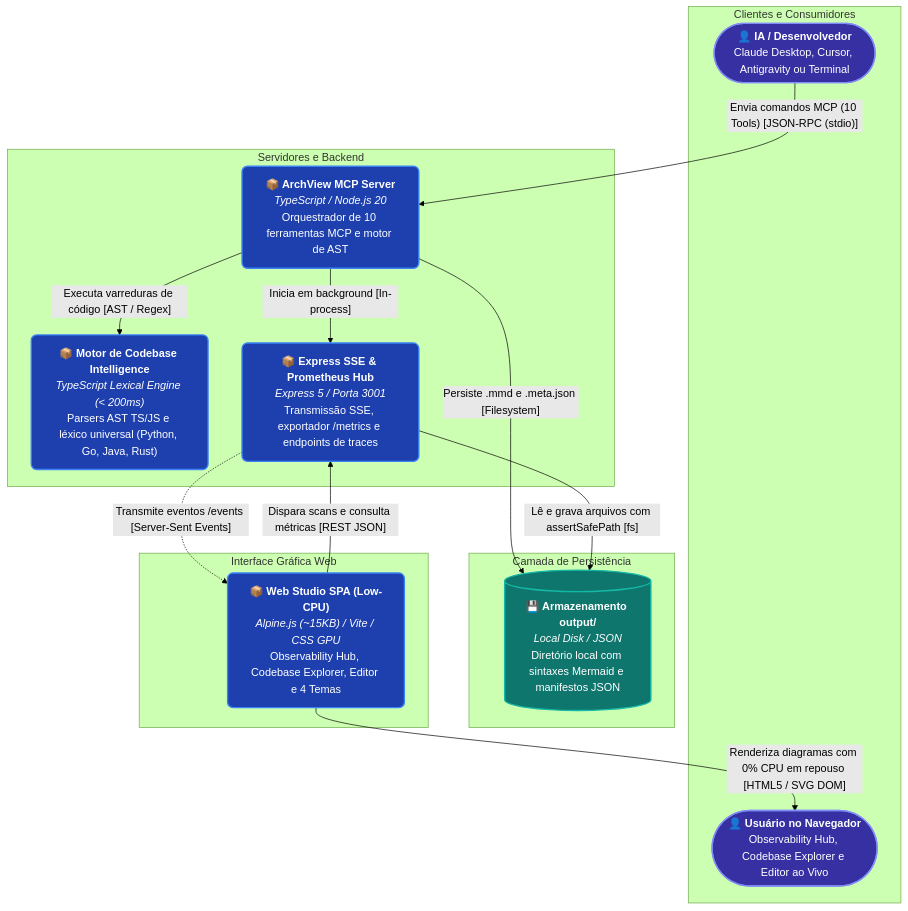
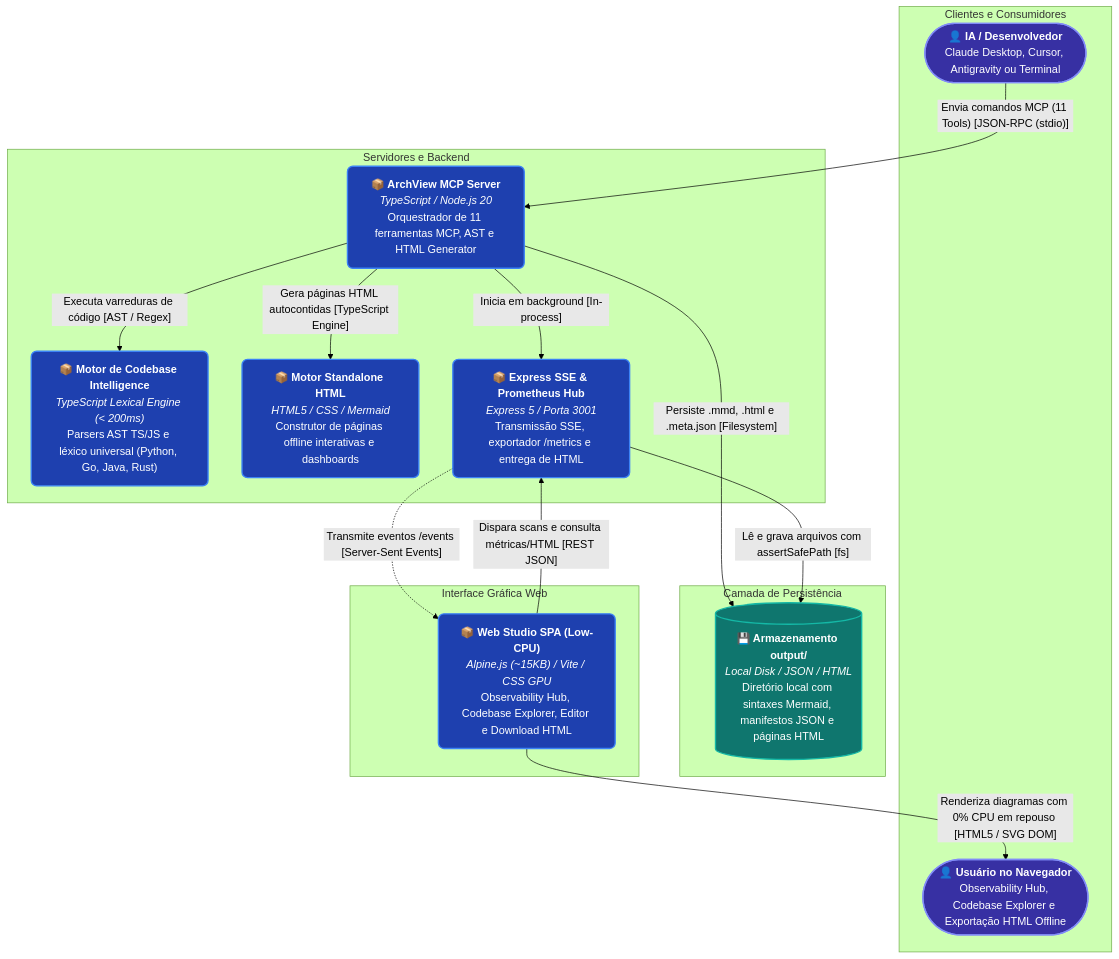
Before and after one commit to 70gurupia/archview: the first of 3 diagrams in README.md, drawn with Mermaid (forest theme). The commit also changed other lines of this file and 44 other files, not shown here.

Commit message:
feat(v5.0): implementar gerador de HTML standalone offline, 11ª tool MCP e dashboards executivos

````diff
--- a/README.md
+++ b/README.md
@@ -9,44 +9,47 @@
 ```mermaid
 flowchart TD
   subgraph sg_1[" Clientes e Consumidores "]
     ai_client(["<b>👤 IA / Desenvolvedor</b><br/>Claude Desktop, Cursor, Antigravity ou Terminal"])
-    browser_user(["<b>👤 Usuário no Navegador</b><br/>Observability Hub, Codebase Explorer e Editor ao Vivo"])
+    browser_user(["<b>👤 Usuário no Navegador</b><br/>Observability Hub, Codebase Explorer e Exportação HTML Offline"])
   end
 
   subgraph sg_2[" Servidores e Backend "]
-    mcp_server["<b>📦 ArchView MCP Server</b><br/><i>TypeScript / Node.js 20</i><br/>Orquestrador de 10 ferramentas MCP e motor de AST"]
+    mcp_server["<b>📦 ArchView MCP Server</b><br/><i>TypeScript / Node.js 20</i><br/>Orquestrador de 11 ferramentas MCP, AST e HTML Generator"]
     engine_v3["<b>📦 Motor de Codebase Intelligence</b><br/><i>TypeScript Lexical Engine (< 200ms)</i><br/>Parsers AST TS/JS e léxico universal (Python, Go, Java, Rust)"]
-    sse_server["<b>📦 Express SSE & Prometheus Hub</b><br/><i>Express 5 / Porta 3001</i><br/>Transmissão SSE, exportador /metrics e endpoints de traces"]
+    html_engine["<b>📦 Motor Standalone HTML</b><br/><i>HTML5 / CSS / Mermaid</i><br/>Construtor de páginas offline interativas e dashboards"]
+    sse_server["<b>📦 Express SSE & Prometheus Hub</b><br/><i>Express 5 / Porta 3001</i><br/>Transmissão SSE, exportador /metrics e entrega de HTML"]
   end
 
   subgraph sg_3[" Camada de Persistência "]
-    storage[("<b>💾 Armazenamento output/</b><br/><i>Local Disk / JSON</i><br/>Diretório local com sintaxes Mermaid e manifestos JSON")]
+    storage[("<b>💾 Armazenamento output/</b><br/><i>Local Disk / JSON / HTML</i><br/>Diretório local com sintaxes Mermaid, manifestos JSON e páginas HTML")]
   end
 
   subgraph sg_4[" Interface Gráfica Web "]
-    web_studio["<b>📦 Web Studio SPA (Low-CPU)</b><br/><i>Alpine.js (~15KB) / Vite / CSS GPU</i><br/>Observability Hub, Codebase Explorer, Editor e 4 Temas"]
+    web_studio["<b>📦 Web Studio SPA (Low-CPU)</b><br/><i>Alpine.js (~15KB) / Vite / CSS GPU</i><br/>Observability Hub, Codebase Explorer, Editor e Download HTML"]
   end
 
-  ai_client -->|"Envia comandos MCP (10 Tools) [JSON-RPC (stdio)]"| mcp_server
+  ai_client -->|"Envia comandos MCP (11 Tools) [JSON-RPC (stdio)]"| mcp_server
   mcp_server -->|"Executa varreduras de código [AST / Regex]"| engine_v3
+  mcp_server -->|"Gera páginas HTML autocontidas [TypeScript Engine]"| html_engine
   mcp_server -->|"Inicia em background [In-process]"| sse_server
-  mcp_server -->|"Persiste .mmd e .meta.json [Filesystem]"| storage
+  mcp_server -->|"Persiste .mmd, .html e .meta.json [Filesystem]"| storage
   sse_server -->|"Lê e grava arquivos com assertSafePath [fs]"| storage
   sse_server -.->|"Transmite eventos /events [Server-Sent Events]"| web_studio
   web_studio -->|"Renderiza diagramas com 0% CPU em repouso [HTML5 / SVG DOM]"| browser_user
-  web_studio -->|"Dispara scans e consulta métricas [REST JSON]"| sse_server
+  web_studio -->|"Dispara scans e consulta métricas/HTML [REST JSON]"| sse_server
 
   classDef default fill:#F8FAFC,stroke:#64748B,stroke-width:1.5px,color:#1E293B,rx:8px,ry:8px;
   classDef primary fill:#1E40AF,stroke:#3B82F6,stroke-width:2px,color:#FFFFFF,rx:8px,ry:8px;
   classDef success fill:#0F766E,stroke:#14B8A6,stroke-width:2px,color:#FFFFFF,rx:8px,ry:8px;
   classDef accent fill:#3730A3,stroke:#818CF8,stroke-width:2px,color:#FFFFFF,rx:8px,ry:8px;
   classDef warning fill:#D97706,stroke:#F59E0B,stroke-width:2px,color:#FFFFFF,rx:8px,ry:8px;
   classDef danger fill:#B91C1C,stroke:#EF4444,stroke-width:2px,color:#FFFFFF,rx:8px,ry:8px;
   class ai_client accent;
   class browser_user accent;
   class mcp_server primary;
   class engine_v3 primary;
+  class html_engine primary;
   class sse_server primary;
   class storage success;
   class web_studio primary;
 ```
````
